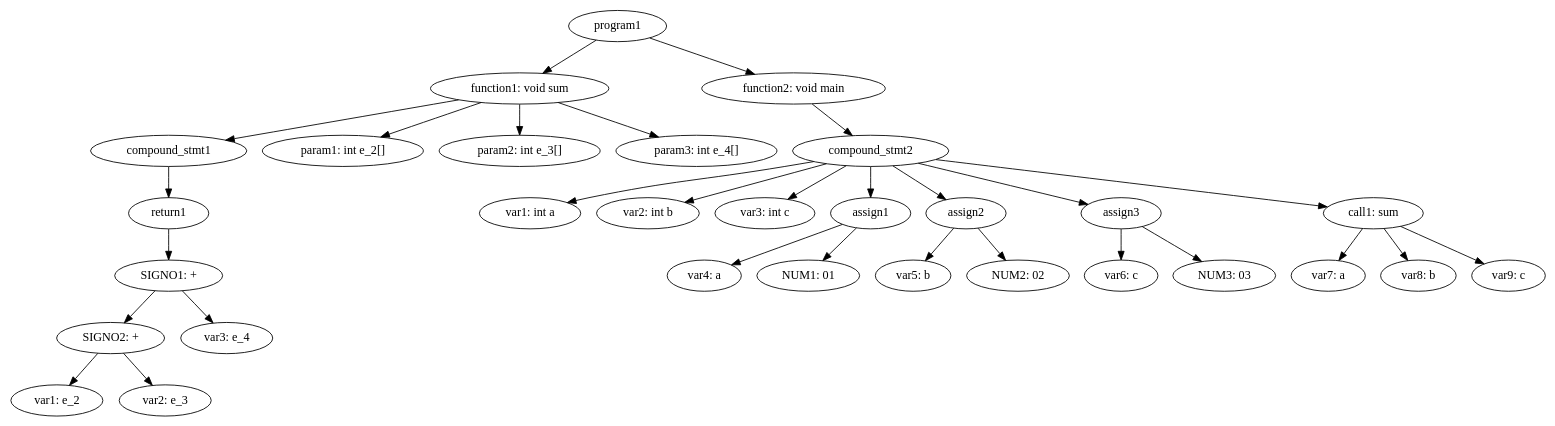
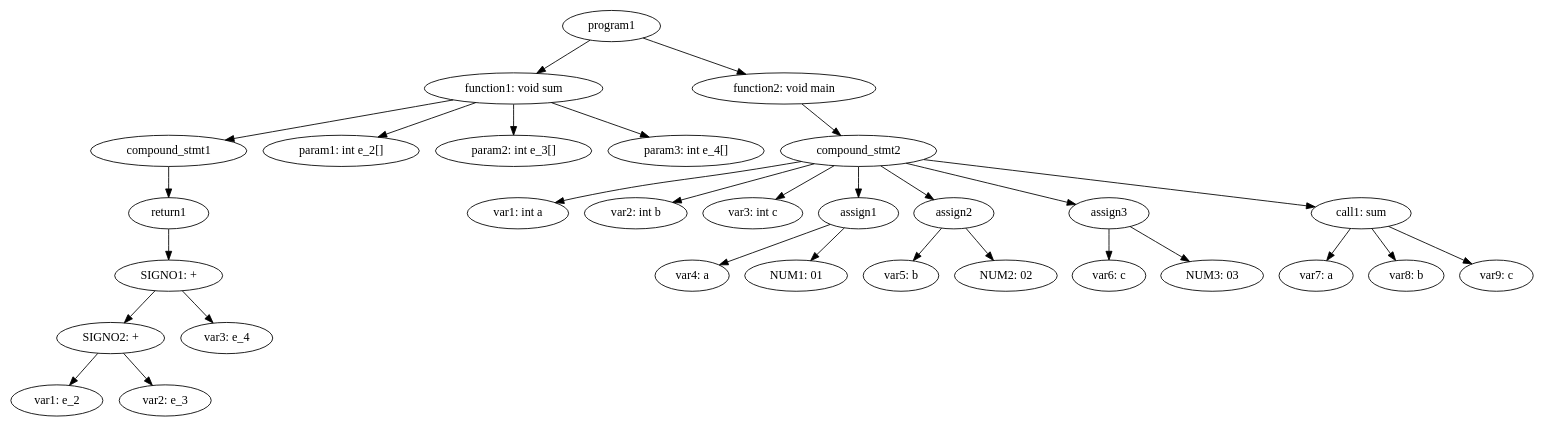
Before and after one commit to PabloFB18/taller-compiladores: the diagram in parser_examples/out3.dot, drawn with Graphviz. The commit also changed 11 other files, not shown here.

```diff
--- a/parser_examples/out3.dot
+++ b/parser_examples/out3.dot
@@ -1,31 +1,31 @@
 digraph G {
 	"program1" -> "function1: void sum"
 	"function1: void sum" -> "compound_stmt1"
 	"compound_stmt1" -> "return1"
 	"return1" -> "SIGNO1: +"
 	"SIGNO1: +" -> "SIGNO2: +"
 	"SIGNO2: +" -> "var1: e_2"
 	"SIGNO2: +" -> "var2: e_3"
 	"SIGNO1: +" -> "var3: e_4"
-	"function1: void sum" -> "param1: int e_2[] "
-	"function1: void sum" -> "param2: int e_3[] "
-	"function1: void sum" -> "param3: int e_4[] "
+	"function1: void sum" -> "param1: int e_2[]"
+	"function1: void sum" -> "param2: int e_3[]"
+	"function1: void sum" -> "param3: int e_4[]"
 	"program1" -> "function2: void main"
 	"function2: void main" -> "compound_stmt2"
 	"compound_stmt2" -> "var1: int a"
 	"compound_stmt2" -> "var2: int b"
 	"compound_stmt2" -> "var3: int c"
 	"compound_stmt2" -> "assign1"
 	"assign1" -> "var4: a"
 	"assign1" -> "NUM1: 01"
 	"compound_stmt2" -> "assign2"
 	"assign2" -> "var5: b"
 	"assign2" -> "NUM2: 02"
 	"compound_stmt2" -> "assign3"
 	"assign3" -> "var6: c"
 	"assign3" -> "NUM3: 03"
 	"compound_stmt2" -> "call1: sum"
 	"call1: sum" -> "var7: a"
 	"call1: sum" -> "var8: b"
 	"call1: sum" -> "var9: c"
 }
```
